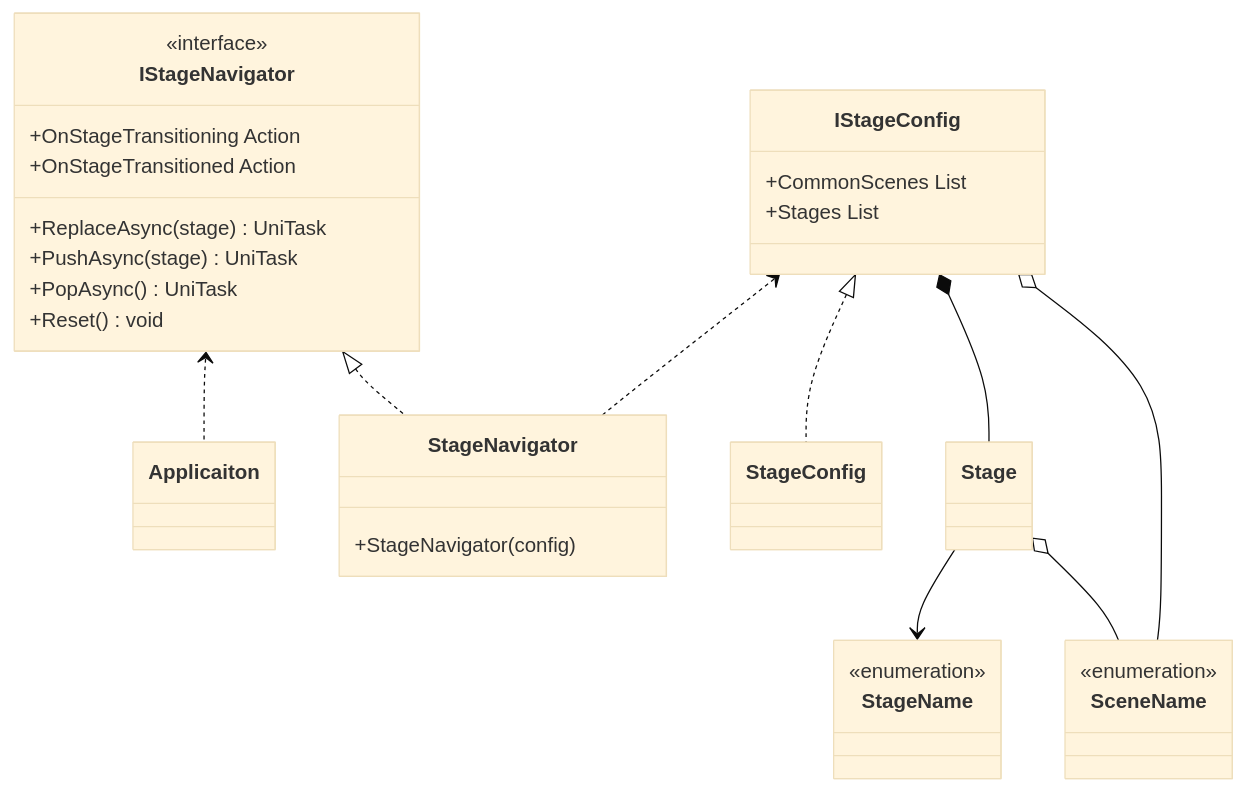
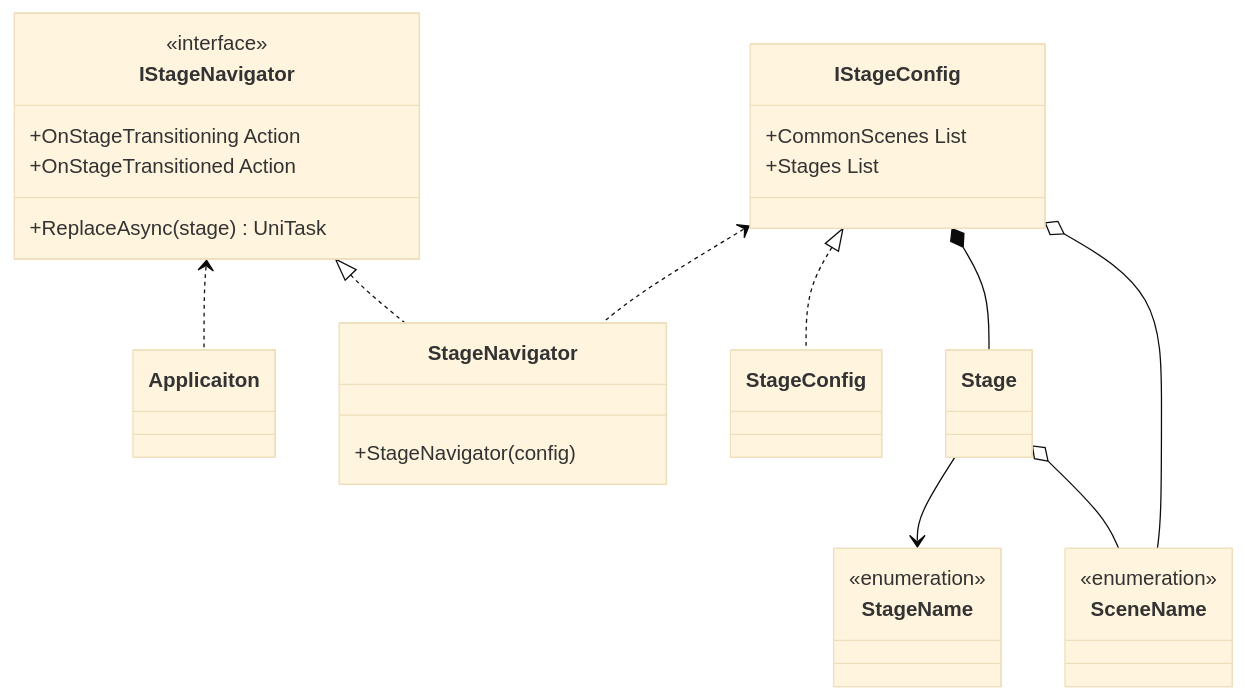
Before and after one commit to extreal-dev/Extreal.Guide: the first of 2 diagrams in docs/core/stage-navigation.md, drawn with Mermaid (base theme). The commit also changed other lines of this file, not shown here.

Commit message:
StageNavigationの戻れるステージ遷移機能を削除

````diff
--- a/docs/core/stage-navigation.md
+++ b/docs/core/stage-navigation.md
@@ -28,48 +27,45 @@
 ```mermaid
 classDiagram
 
     IStageNavigator <.. Applicaiton
     IStageNavigator <|.. StageNavigator
     IStageConfig <.. StageNavigator
     IStageConfig <|.. StageConfig
     IStageConfig *-- Stage
     IStageConfig o-- SceneName
     Stage --> StageName
     Stage o-- SceneName
 
     class Applicaiton {
     }
 
     class StageName {
         <<enumeration>>
     }
 
     class SceneName {
         <<enumeration>>
     }
 
     class StageConfig {
     }
 
     class IStageNavigator {
         <<interface>>
         +OnStageTransitioning Action
         +OnStageTransitioned Action
         +ReplaceAsync(stage) UniTask
-        +PushAsync(stage) UniTask
-        +PopAsync() UniTask
-        +Reset() void
     }
 
     class IStageConfig {
         +CommonScenes List
         +Stages List
     }
 
     class Stage {
     }
 
     class StageNavigator {
         +StageNavigator(config)
     }
 ```
````
